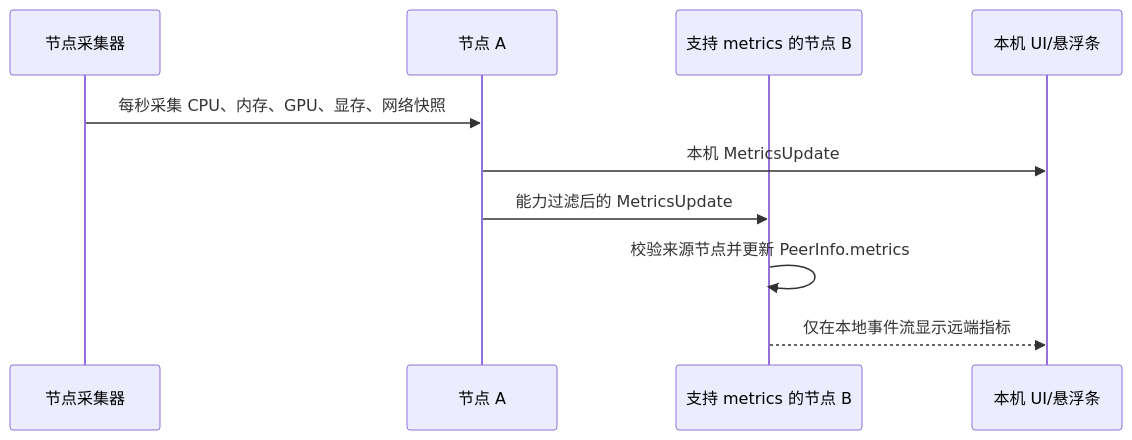
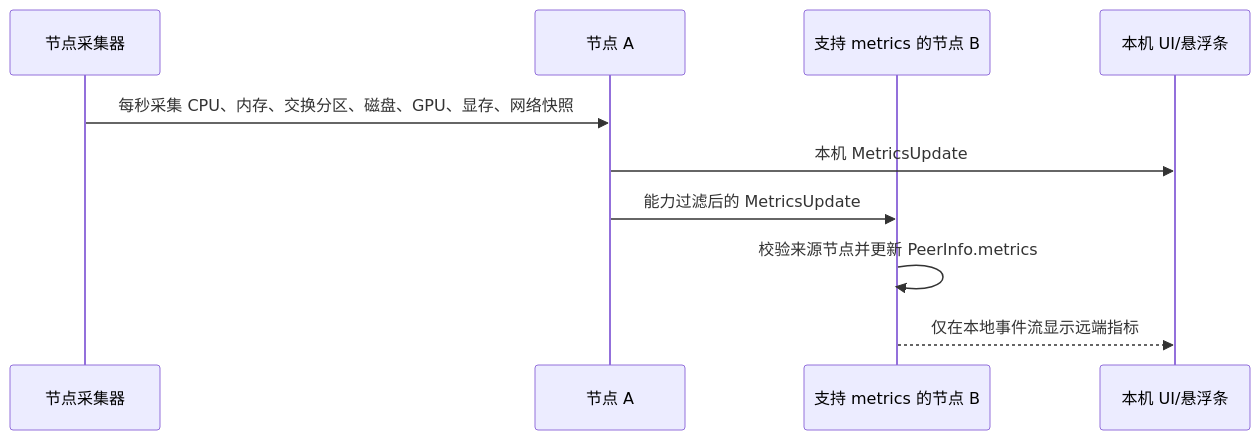
One commit to yangjinming1062/MeshShare changed the third of 6 diagrams in docs/ARCHITECTURE_MAP.md. Above: the diagram before and after it, drawn with Mermaid. The commit also changed other lines of this file and 13 other files, not shown here.

````diff
--- a/docs/ARCHITECTURE_MAP.md
+++ b/docs/ARCHITECTURE_MAP.md
@@ -38,12 +38,12 @@
 ```mermaid
 sequenceDiagram
   participant C as 节点采集器
   participant A as 节点 A
   participant B as 支持 metrics 的节点 B
   participant U as 本机 UI/悬浮条
-  C->>A: 每秒采集 CPU、内存、GPU、显存、网络快照
+  C->>A: 每秒采集 CPU、内存、交换分区、磁盘、GPU、显存、网络快照
   A->>U: 本机 MetricsUpdate
   A->>B: 能力过滤后的 MetricsUpdate
   B->>B: 校验来源节点并更新 PeerInfo.metrics
   B-->>U: 仅在本地事件流显示远端指标
 ```
````
